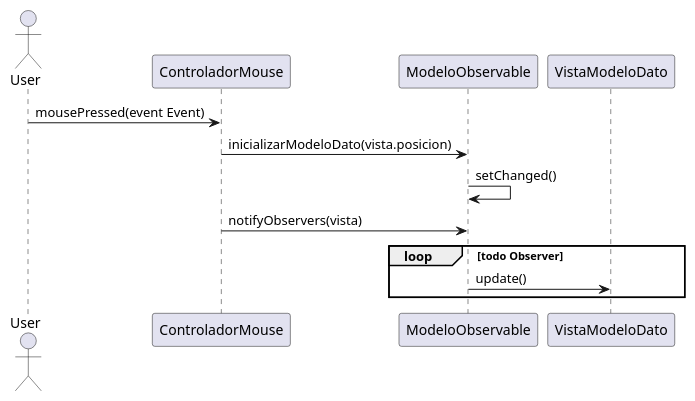
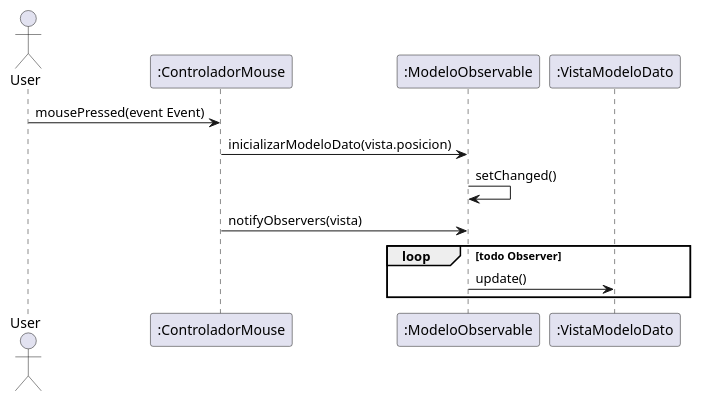
The diagram in diagrams/ds-observer.plantuml (fiuba/algo3_ejemplo_mvc_colores), drawn with PlantUML before and after one commit. The commit also changed 13 other files, not shown here.

```diff
--- a/diagrams/ds-observer.plantuml
+++ b/diagrams/ds-observer.plantuml
@@ -1,12 +1,12 @@
 @startuml
 
 Actor User
 
-User -> ControladorMouse: mousePressed(event Event)
-ControladorMouse -> ModeloObservable: inicializarModeloDato(vista.posicion)
-ModeloObservable -> ModeloObservable: setChanged()
-ControladorMouse -> ModeloObservable: notifyObservers(vista)
+User -> ":ControladorMouse": mousePressed(event Event)
+":ControladorMouse" -> ":ModeloObservable": inicializarModeloDato(vista.posicion)
+":ModeloObservable" -> ":ModeloObservable": setChanged()
+":ControladorMouse" -> ":ModeloObservable": notifyObservers(vista)
 loop todo Observer
-        ModeloObservable -> VistaModeloDato: update()
+        ":ModeloObservable" -> ":VistaModeloDato": update()
 end
 @enduml
```
